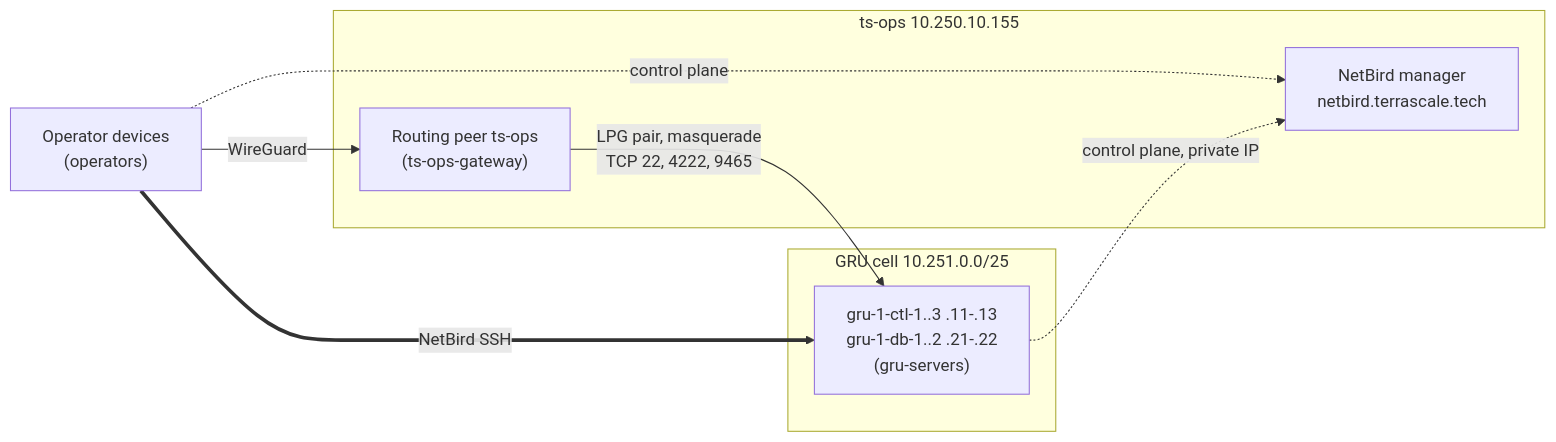
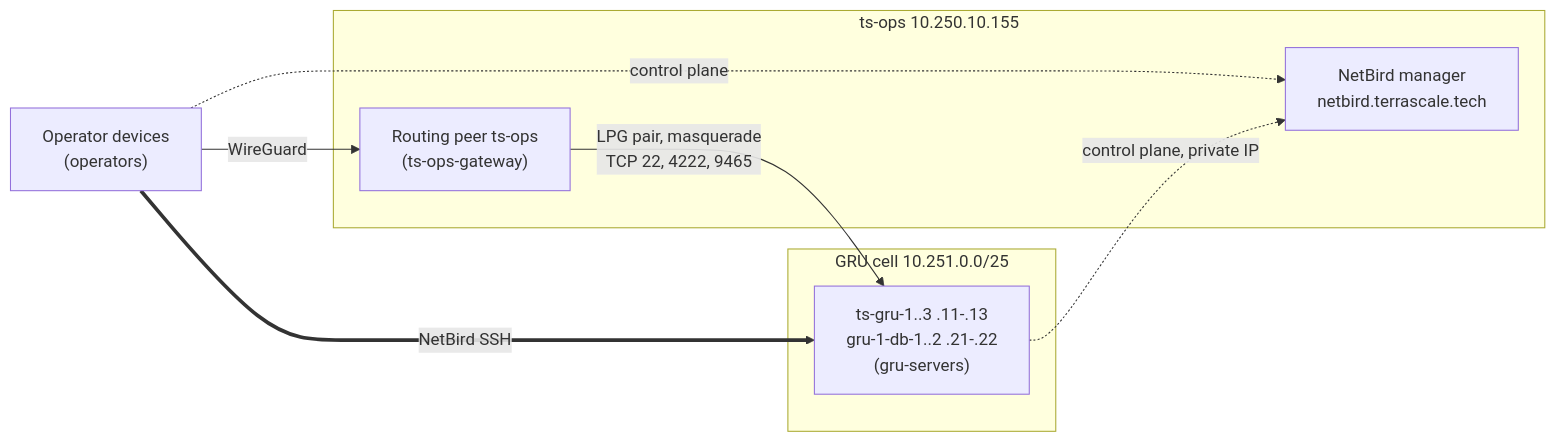
One commit to TerraScale/ts-orchestrator changed the diagram in deploy/netbird/README.md. Above: the diagram before and after it, drawn with Mermaid. The commit also changed other lines of this file and 8 other files, not shown here.

````diff
--- a/deploy/netbird/README.md
+++ b/deploy/netbird/README.md
@@ -18,16 +18,16 @@
 ```mermaid
 flowchart LR
   dev["Operator devices<br/>(operators)"]
   subgraph tsops["ts-ops 10.250.10.155"]
     mgr["NetBird manager<br/>netbird.terrascale.tech"]
     rp["Routing peer ts-ops<br/>(ts-ops-gateway)"]
   end
   subgraph gru["GRU cell 10.251.0.0/25"]
-    srv["gru-1-ctl-1..3 .11-.13<br/>gru-1-db-1..2 .21-.22<br/>(gru-servers)"]
+    srv["ts-gru-1..3 .11-.13<br/>gru-1-db-1..2 .21-.22<br/>(gru-servers)"]
   end
   dev -. control plane .-> mgr
   srv -. control plane, private IP .-> mgr
   dev -->|WireGuard| rp
   rp -->|LPG pair, masquerade<br/>TCP 22, 4222, 9465| srv
   dev ==>|NetBird SSH| srv
 ```
````
